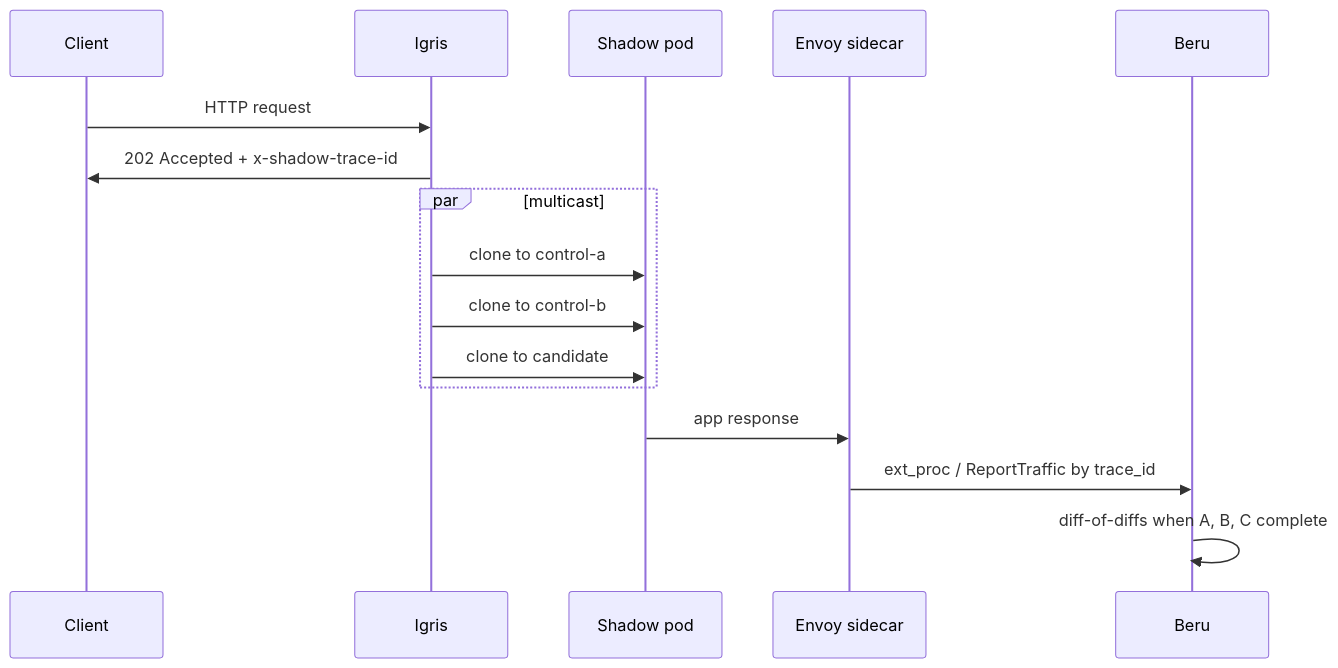
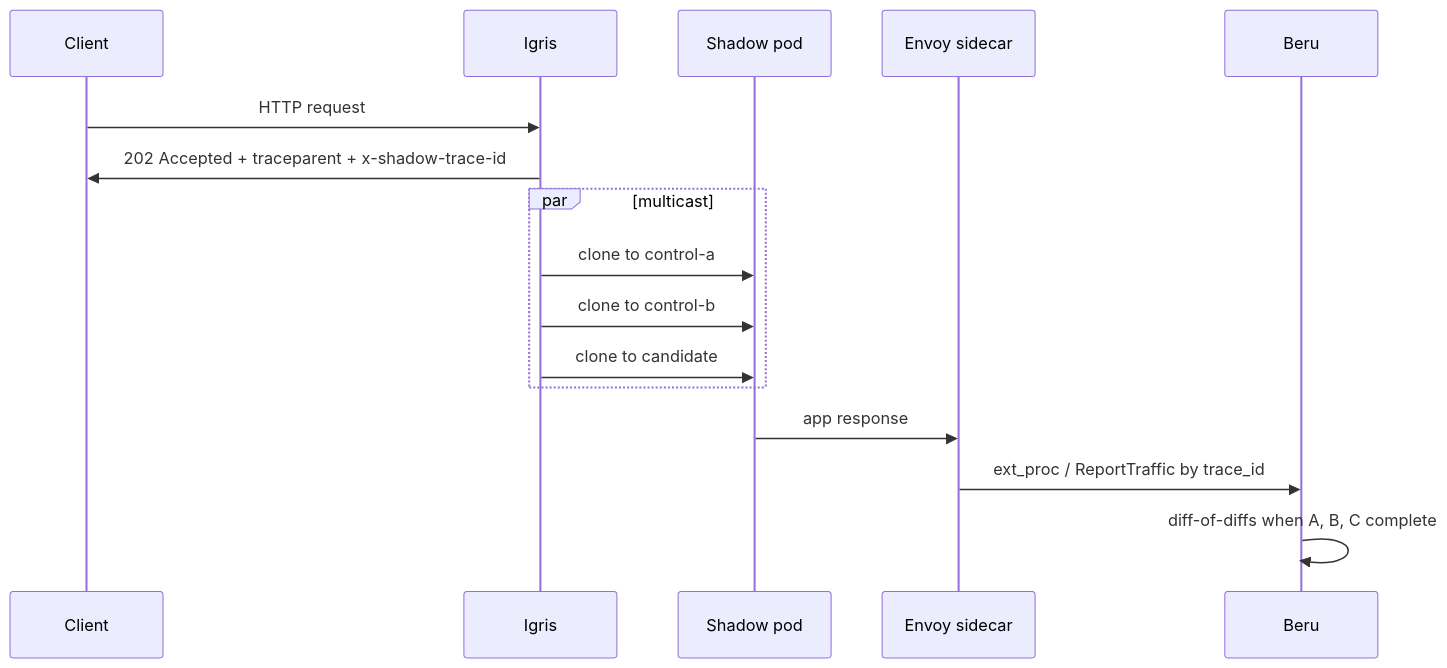
Before and after one commit to nederrgo/shadow-diff: the third of 8 diagrams in ARCHITECTURE.md, drawn with Mermaid. The commit also changed other lines of this file and 60 other files, not shown here.

````diff
--- a/ARCHITECTURE.md
+++ b/ARCHITECTURE.md
@@ -97,19 +97,19 @@
 ```mermaid
 sequenceDiagram
   participant C as Client
   participant I as Igris
   participant S as Shadow pod
   participant E as Envoy sidecar
   participant B as Beru
 
   C->>I: HTTP request
-  I->>C: 202 Accepted + x-shadow-trace-id
+  I->>C: 202 Accepted + traceparent + x-shadow-trace-id
   par multicast
     I->>S: clone to control-a
     I->>S: clone to control-b
     I->>S: clone to candidate
   end
   S->>E: app response
   E->>B: ext_proc / ReportTraffic by trace_id
   B->>B: diff-of-diffs when A, B, C complete
 ```
````
